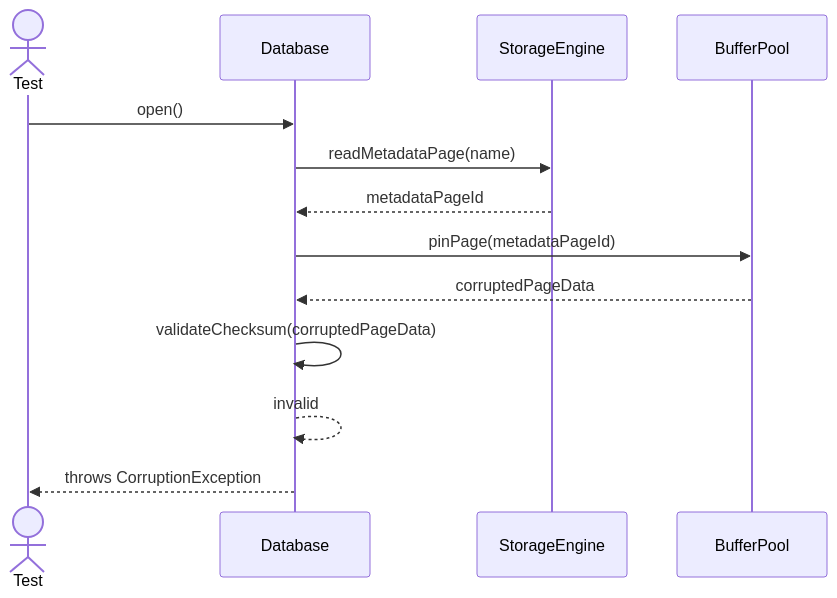
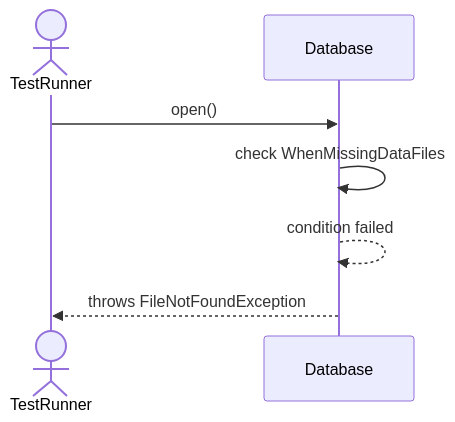
Before and after one commit to TamBui1706/DBMS: the eighth of 8 diagrams in Sequences/Core/Database.md, drawn with Mermaid. The commit also changed other lines of this file and 63 other files, not shown here.

Commit message:
Draw sequence diagram for unit tests

````diff
--- a/Sequences/Core/Database.md
+++ b/Sequences/Core/Database.md
@@ -47,16 +108,9 @@
 ```mermaid
 sequenceDiagram
-    actor Test
+    actor TestRunner
     participant Database
-    participant StorageEngine
-    participant BufferPool
-
-    Test->>Database: open()
-    Database->>StorageEngine: readMetadataPage(name)
-    StorageEngine-->>Database: metadataPageId
-    Database->>BufferPool: pinPage(metadataPageId)
-    BufferPool-->>Database: corruptedPageData
-    Database->>Database: validateChecksum(corruptedPageData)
-    Database-->>Database: invalid
-    Database-->>Test: throws CorruptionException
+    TestRunner->>Database: open()
+    Database->>Database: check WhenMissingDataFiles
+    Database-->>Database: condition failed
+    Database-->>TestRunner: throws FileNotFoundException
 ```
````
